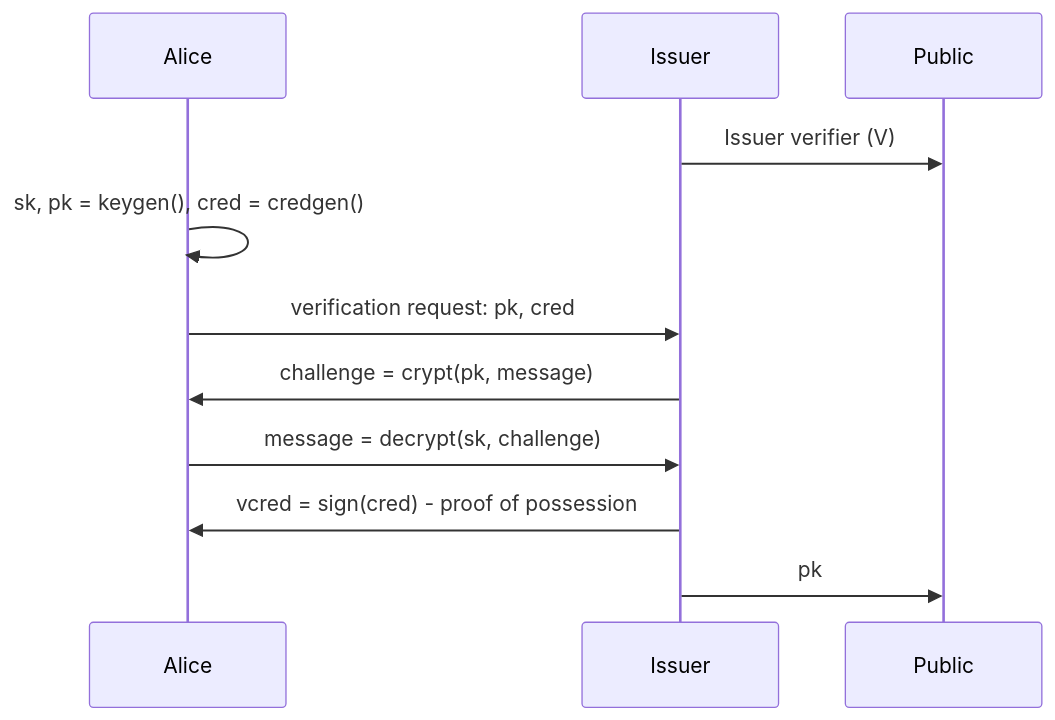
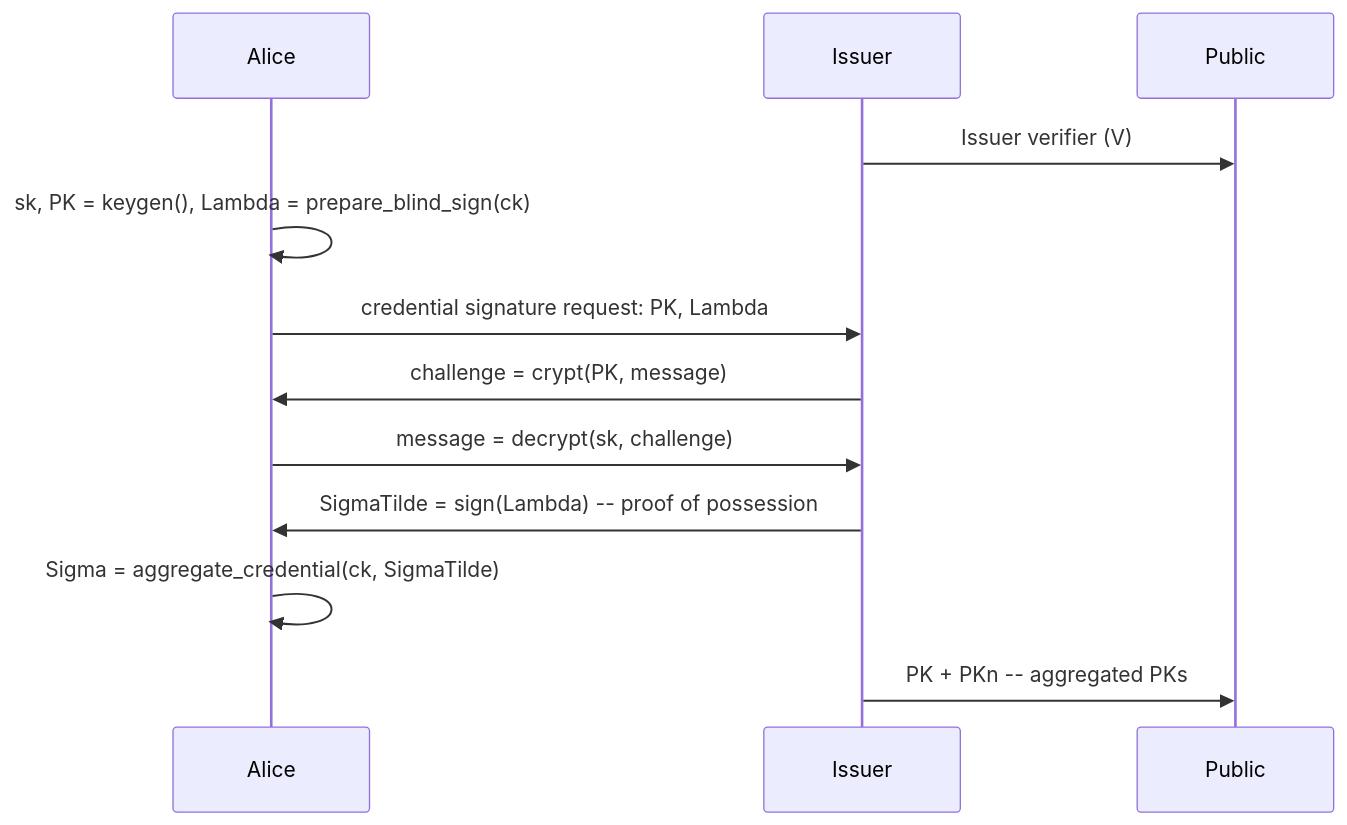
The diagram in article/keygen.mmd (dyne/reflow-crypto), drawn with Mermaid before and after one commit. The commit also changed 1 other file, not shown here.

Commit message:
article documentation of keygen and sequence improvements

```diff
--- a/article/keygen.mmd
+++ b/article/keygen.mmd
@@ -1,11 +1,12 @@
 sequenceDiagram
   participant A as Alice
   participant I as Issuer
   participant P as Public
   I->>P: Issuer verifier (V)
-  A->>A: sk, pk = keygen(), cred = credgen()
-  A->>I: verification request: pk, cred
-  I->>A: challenge = crypt(pk, message)
+  A->>A: sk, PK = keygen(), Lambda = prepare_blind_sign(ck)
+  A->>I: credential signature request: PK, Lambda
+  I->>A: challenge = crypt(PK, message)
   A->>I: message = decrypt(sk, challenge)
-  I->>A: vcred = sign(cred) - proof of possession
-  I->>P: pk
+  I->>A: SigmaTilde = sign(Lambda) -- proof of possession
+  A->>A: Sigma = aggregate_credential(ck, SigmaTilde)
+  I->>P: PK + PKn -- aggregated PKs
```
